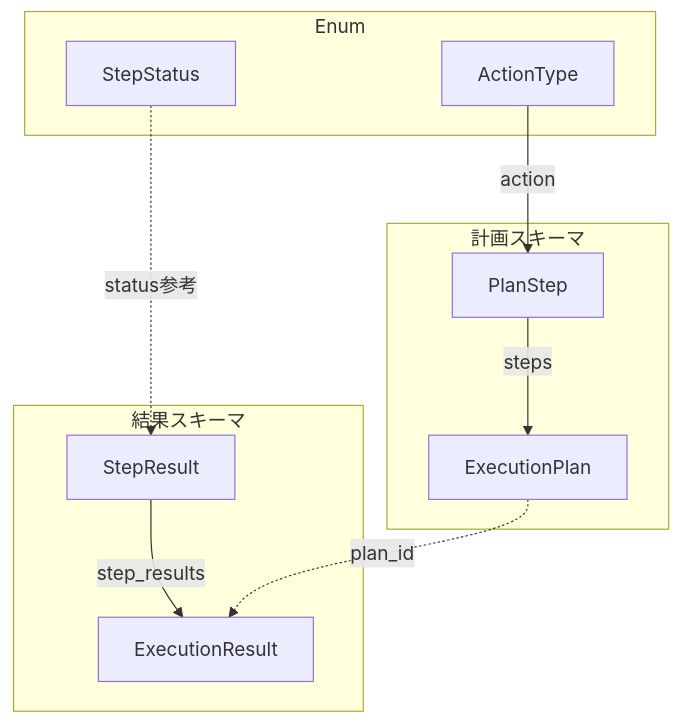
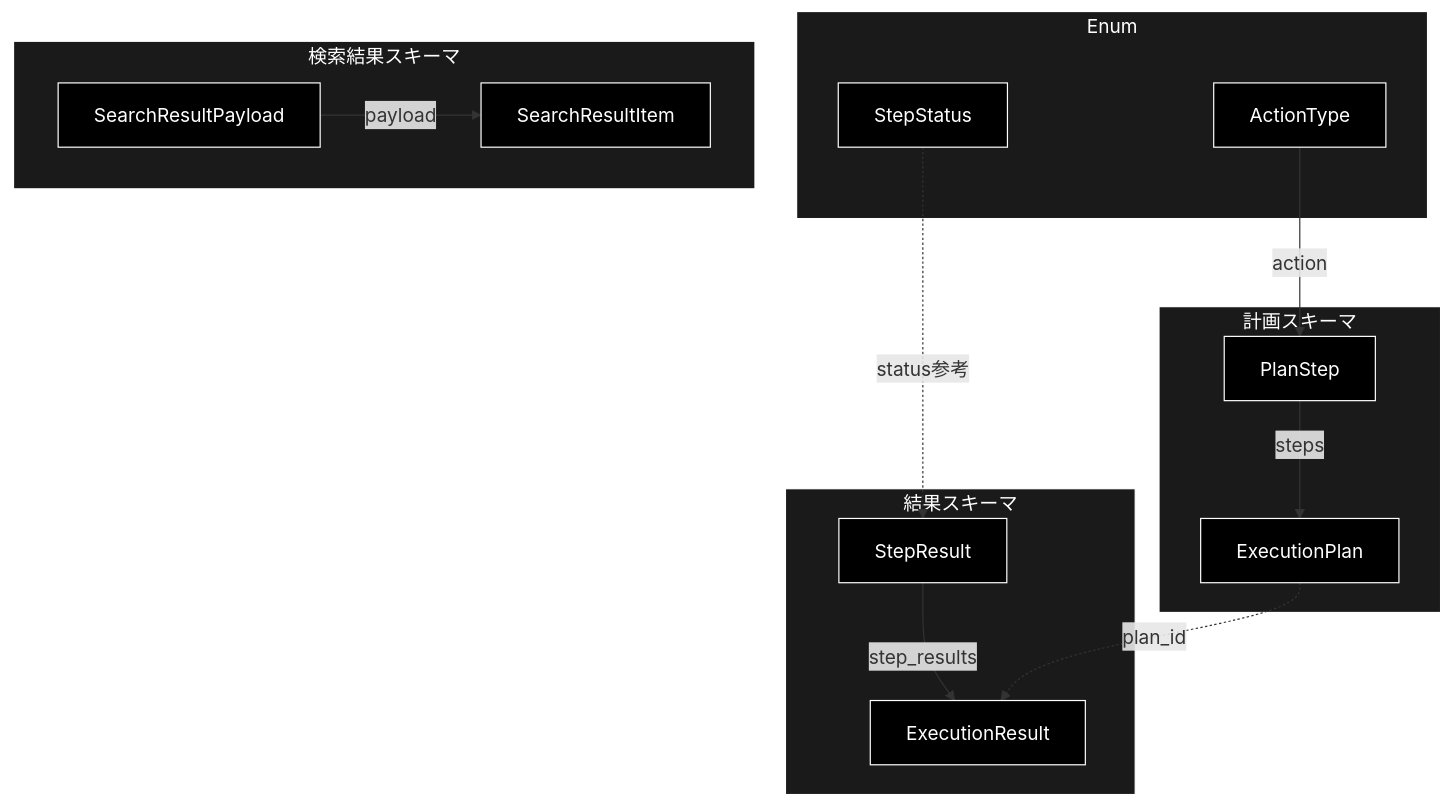
The fourth of 4 diagrams in grace/doc/schemas.md (nakashima2toshio/anthropic_grace_agent_v2), drawn with Mermaid before and after one commit. The commit also changed other lines of this file and 9 other files, not shown here.

````diff
--- a/grace/doc/schemas.md
+++ b/grace/doc/schemas.md
@@ -917,23 +1081,36 @@
 ```mermaid
 flowchart TB
     subgraph ENUMS["Enum"]
-        AT[ActionType]
-        SS[StepStatus]
+        AT["ActionType"]
+        SS["StepStatus"]
     end
 
     subgraph PLAN["計画スキーマ"]
-        PS[PlanStep]
-        EP[ExecutionPlan]
+        PS["PlanStep"]
+        EP["ExecutionPlan"]
     end
 
     subgraph RESULT["結果スキーマ"]
-        SR[StepResult]
-        ER[ExecutionResult]
+        SR["StepResult"]
+        ER["ExecutionResult"]
+    end
+
+    subgraph SEARCH["検索結果スキーマ"]
+        SRP["SearchResultPayload"]
+        SRI["SearchResultItem"]
     end
 
     AT -->|action| PS
     PS -->|steps| EP
     SS -.->|status参考| SR
     SR -->|step_results| ER
     EP -.->|plan_id| ER
+    SRP -->|payload| SRI
+classDef default fill:#000,stroke:#fff,color:#fff
+classDef subgraphStyle fill:#1a1a1a,stroke:#fff,color:#fff
+class AT,SS,PS,EP,SR,ER,SRP,SRI default
+style ENUMS fill:#1a1a1a,stroke:#fff,color:#fff
+style PLAN fill:#1a1a1a,stroke:#fff,color:#fff
+style RESULT fill:#1a1a1a,stroke:#fff,color:#fff
+style SEARCH fill:#1a1a1a,stroke:#fff,color:#fff
 ```
````
